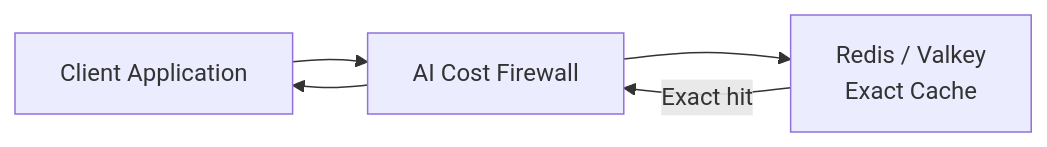
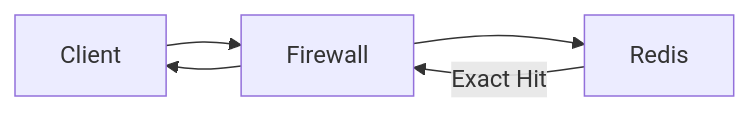
Before and after one commit to vcal-project/ai-firewall: the third of 5 diagrams in docs/architecture.md, drawn with Mermaid. The commit also changed other lines of this file and 28 other files, not shown here.

````diff
--- a/docs/architecture.md
+++ b/docs/architecture.md
@@ -274,12 +491,11 @@
 ```mermaid
 flowchart LR
 
-    Client[Client Application]
-    Firewall[AI Cost Firewall]
-    Redis[Redis / Valkey<br/>Exact Cache]
+    Client --> Firewall
 
-    Client --> Firewall
     Firewall --> Redis
-    Redis -->|Exact hit| Firewall
+
+    Redis -->|Exact Hit| Firewall
+
     Firewall --> Client
 ```
````
